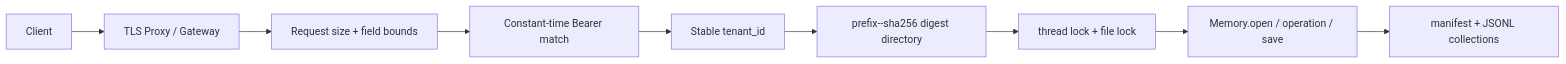
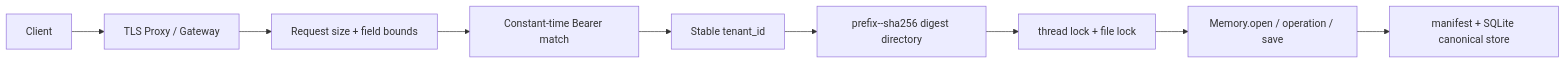
One commit to ly-wang19/engram changed the eighth of 10 diagrams in docs/engram-full-architecture-report.zh-CN.md. Above: the diagram before and after it, drawn with Mermaid. The commit also changed other lines of this file and 83 other files, not shown here.

````diff
--- a/docs/engram-full-architecture-report.zh-CN.md
+++ b/docs/engram-full-architecture-report.zh-CN.md
@@ -645,11 +674,11 @@
 ```mermaid
 flowchart LR
     C["Client"] --> G["TLS Proxy / Gateway"]
     G --> LIM["Request size + field bounds"]
     LIM --> KEY["Constant-time Bearer match"]
     KEY --> T["Stable tenant_id"]
     T --> D["prefix--sha256 digest directory"]
     D --> LOCK["thread lock + file lock"]
     LOCK --> MEM["Memory.open / operation / save"]
-    MEM --> JSONL["manifest + JSONL collections"]
+    MEM --> JSONL["manifest + SQLite canonical store"]
 ```
````
